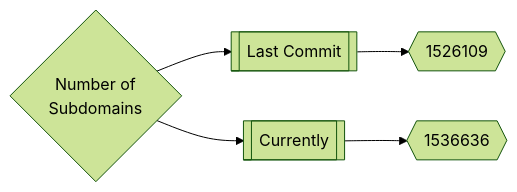
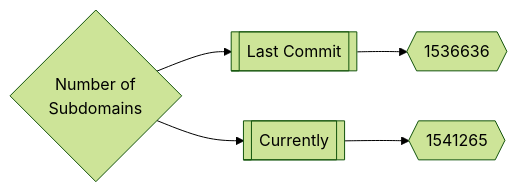
One commit to trickest/inventory changed the first of 3 diagrams in README.md. Above: the diagram before and after it, drawn with Mermaid (forest theme). The commit also changed other lines of this file and 105 other files, not shown here.

````diff
--- a/README.md
+++ b/README.md
@@ -165,5 +165,5 @@
 ```mermaid
 graph LR
-title{Number of<br>Subdomains} --> subdomainsDate1[[Last Commit]] --> subdomainsNum1{{1526109}}
-title --> subdomainsDate2[[Currently]] --> subdomainsNum2{{1536636}}
+title{Number of<br>Subdomains} --> subdomainsDate1[[Last Commit]] --> subdomainsNum1{{1536636}}
+title --> subdomainsDate2[[Currently]] --> subdomainsNum2{{1541265}}
 ```
````
